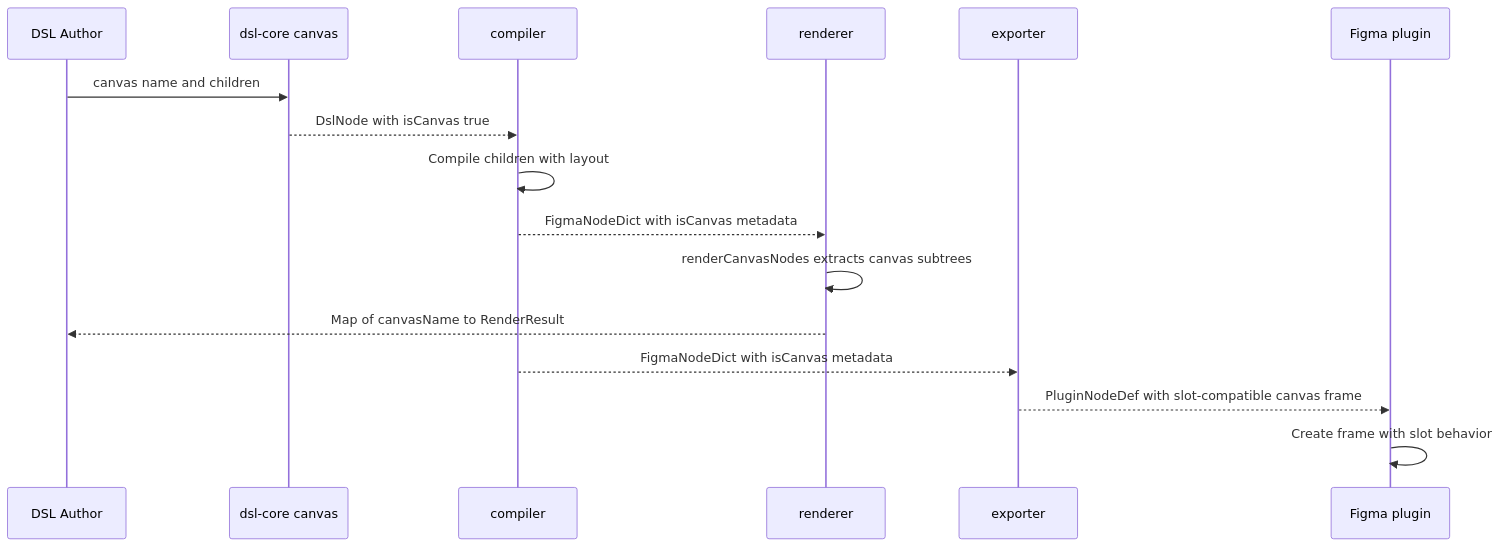
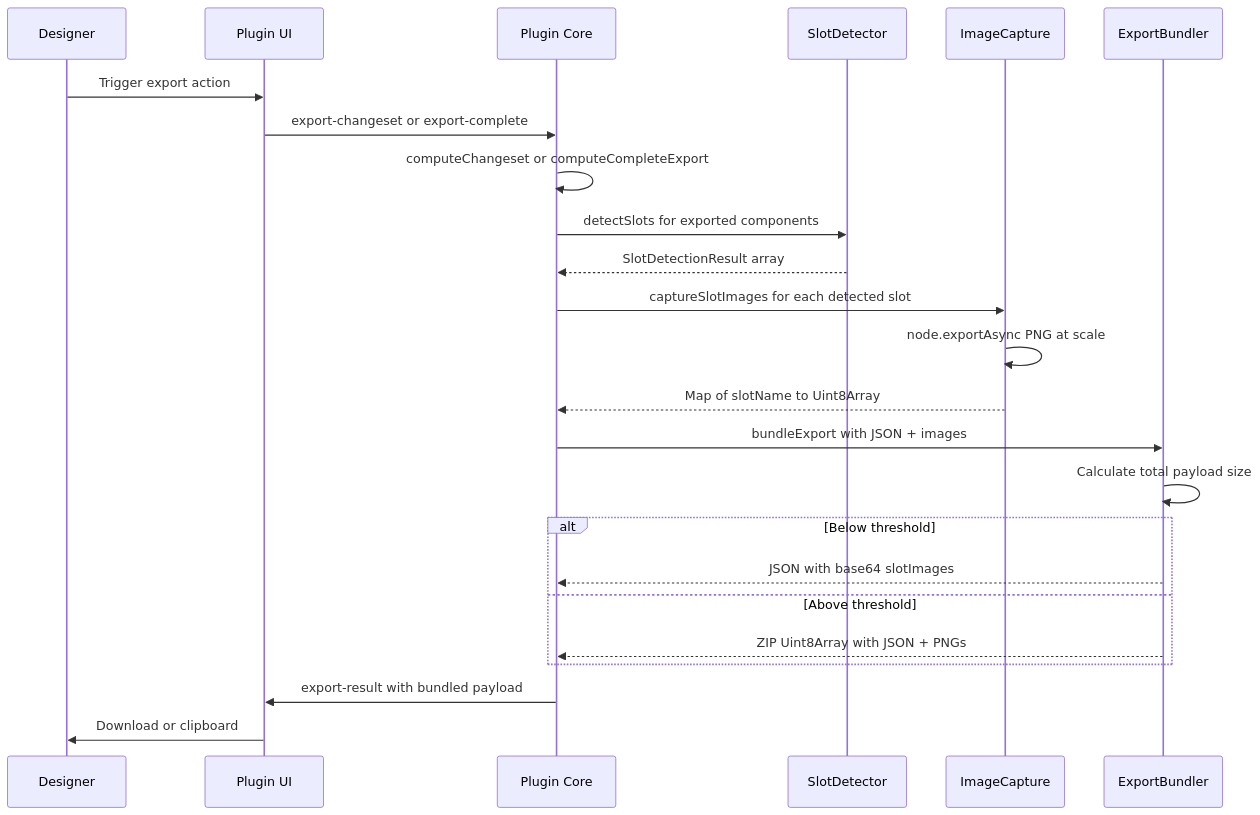
The third of 5 diagrams in .kiro/specs/canvas-component/design.md (TETRA2000/figma-component-dsl), drawn with Mermaid before and after one commit. The commit also changed other lines of this file and 2 other files, not shown here.

First line of the commit message:
Generate design for canvas-component with slot detection and unified export

````diff
--- a/.kiro/specs/canvas-component/design.md
+++ b/.kiro/specs/canvas-component/design.md
@@ -114,19 +121,27 @@
 ```mermaid
 sequenceDiagram
-    participant DSL as DSL Author
-    participant Core as dsl-core canvas
-    participant Comp as compiler
-    participant Rend as renderer
-    participant Exp as exporter
-    participant Plug as Figma plugin
+    participant User as Designer
+    participant UI as Plugin UI
+    participant Core as Plugin Core
+    participant Detector as SlotDetector
+    participant Capture as ImageCapture
+    participant Bundler as ExportBundler
 
-    DSL->>Core: canvas name and children
-    Core-->>Comp: DslNode with isCanvas true
-    Comp->>Comp: Compile children with layout
-    Comp-->>Rend: FigmaNodeDict with isCanvas metadata
-    Rend->>Rend: renderCanvasNodes extracts canvas subtrees
-    Rend-->>DSL: Map of canvasName to RenderResult
-    Comp-->>Exp: FigmaNodeDict with isCanvas metadata
-    Exp-->>Plug: PluginNodeDef with slot-compatible canvas frame
-    Plug->>Plug: Create frame with slot behavior
+    User->>UI: Trigger export action
+    UI->>Core: export-changeset or export-complete
+    Core->>Core: computeChangeset or computeCompleteExport
+    Core->>Detector: detectSlots for exported components
+    Detector-->>Core: SlotDetectionResult array
+    Core->>Capture: captureSlotImages for each detected slot
+    Capture->>Capture: node.exportAsync PNG at scale
+    Capture-->>Core: Map of slotName to Uint8Array
+    Core->>Bundler: bundleExport with JSON + images
+    Bundler->>Bundler: Calculate total payload size
+    alt Below threshold
+        Bundler-->>Core: JSON with base64 slotImages
+    else Above threshold
+        Bundler-->>Core: ZIP Uint8Array with JSON + PNGs
+    end
+    Core->>UI: export-result with bundled payload
+    UI->>User: Download or clipboard
 ```
````
